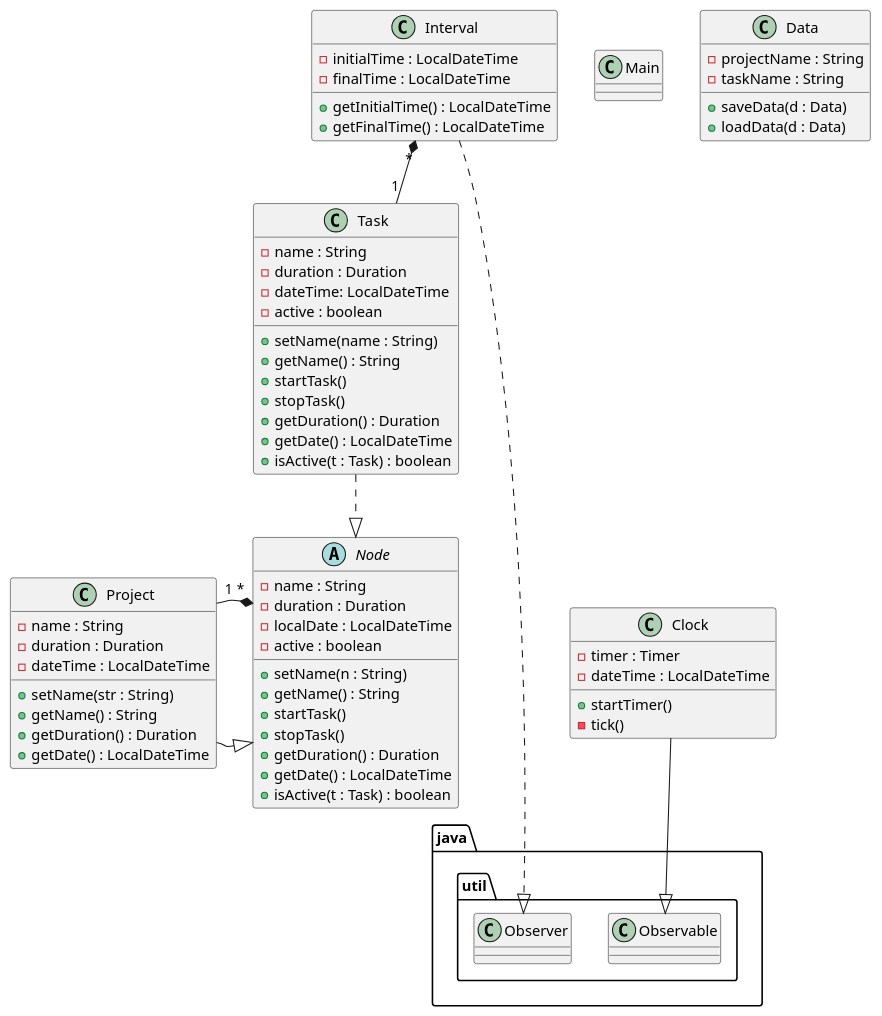
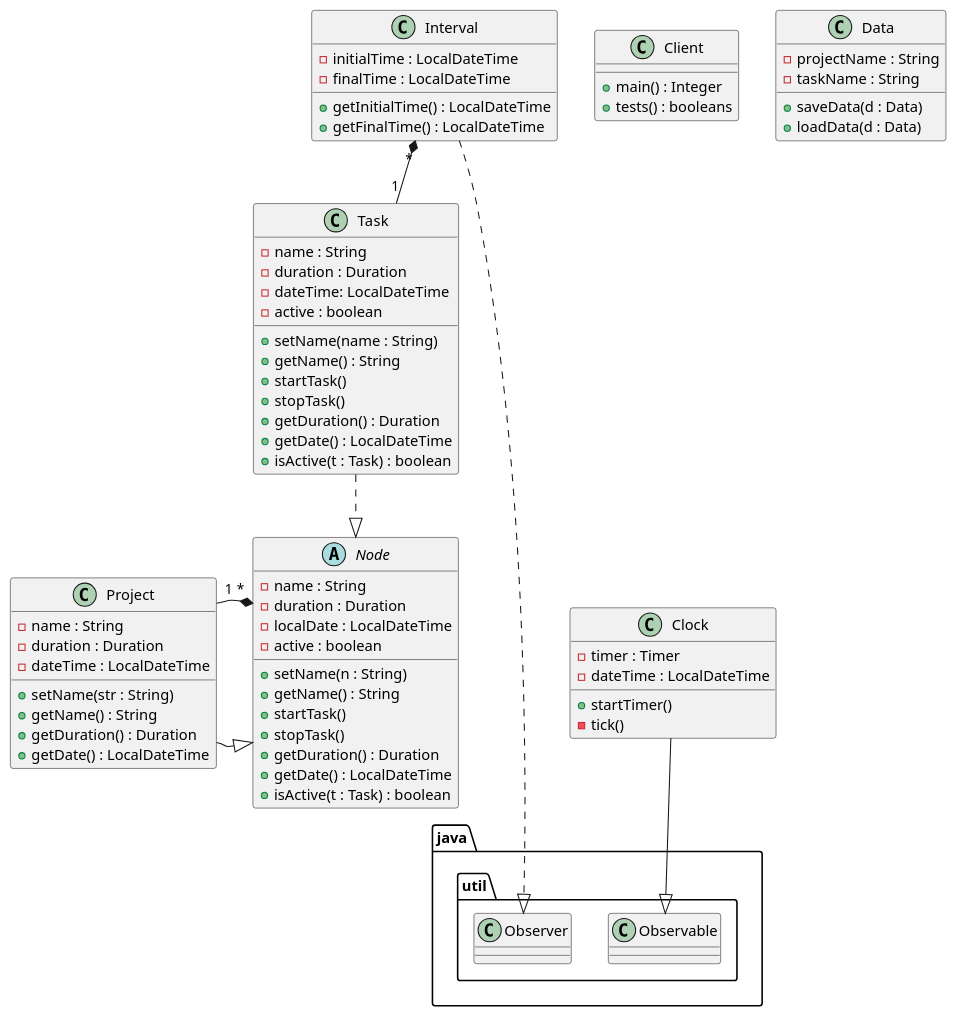
The diagram in src/uml.puml (gonzaloarilla/DS_TimeTracker), drawn with PlantUML before and after one commit.

Commit message:
uml primera fita

```diff
--- a/src/uml.puml
+++ b/src/uml.puml
@@ -1,72 +1,74 @@
 @startuml
-class Main {
+class Client {
++ main() : Integer
++ tests() : booleans
 }
 
 abstract Node {
 - name : String
 - duration : Duration
 - localDate : LocalDateTime
 - active : boolean
 + setName(n : String)
 + getName() : String
 + startTask()
 + stopTask()
 + getDuration() : Duration
 + getDate() : LocalDateTime
 + isActive(t : Task) : boolean
 }
 
 class Project {
 - name : String
 - duration : Duration
 - dateTime : LocalDateTime
 + setName(str : String)
 + getName() : String
 + getDuration() : Duration
 + getDate() : LocalDateTime
 }
 
 class Task {
 - name : String
 - duration : Duration
 - dateTime: LocalDateTime
 - active : boolean
 + setName(name : String)
 + getName() : String
 + startTask()
 + stopTask()
 + getDuration() : Duration
 + getDate() : LocalDateTime
 + isActive(t : Task) : boolean
 }
 
 class Interval {
 - initialTime : LocalDateTime
 - finalTime : LocalDateTime
 + getInitialTime() : LocalDateTime
 + getFinalTime() : LocalDateTime
 
 }
 
 class Clock {
 - timer : Timer
 - dateTime : LocalDateTime
 + startTimer()
 - tick()
 }
 
 class Data {
 - projectName : String
 - taskName : String
 + saveData(d : Data)
 + loadData(d : Data)
 }
 
 
 Project -|> Node
 Node "*" *-- "1" Project
 Task -.|> Node
 Clock -down-|> java.util.Observable
 Interval -.down.-|> java.util.Observer
 Interval "*" *-- "1" Task
 @enduml
```
